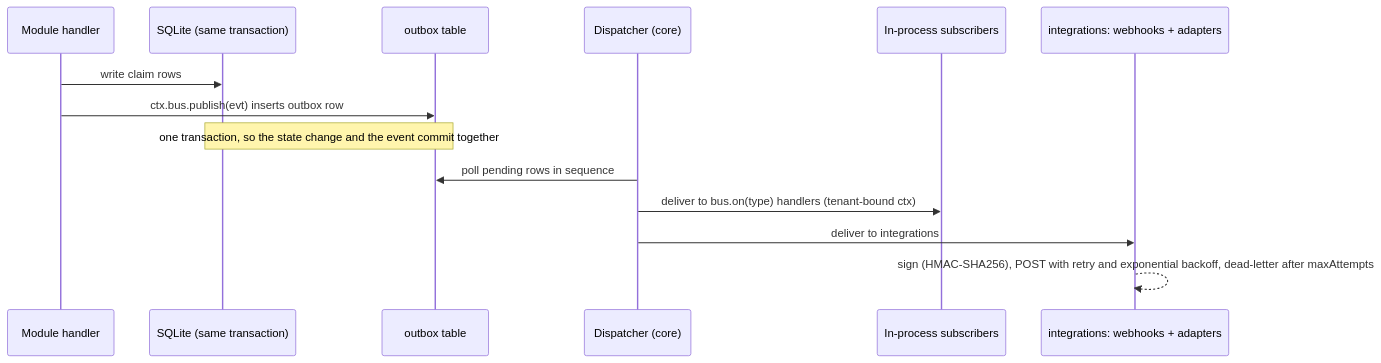
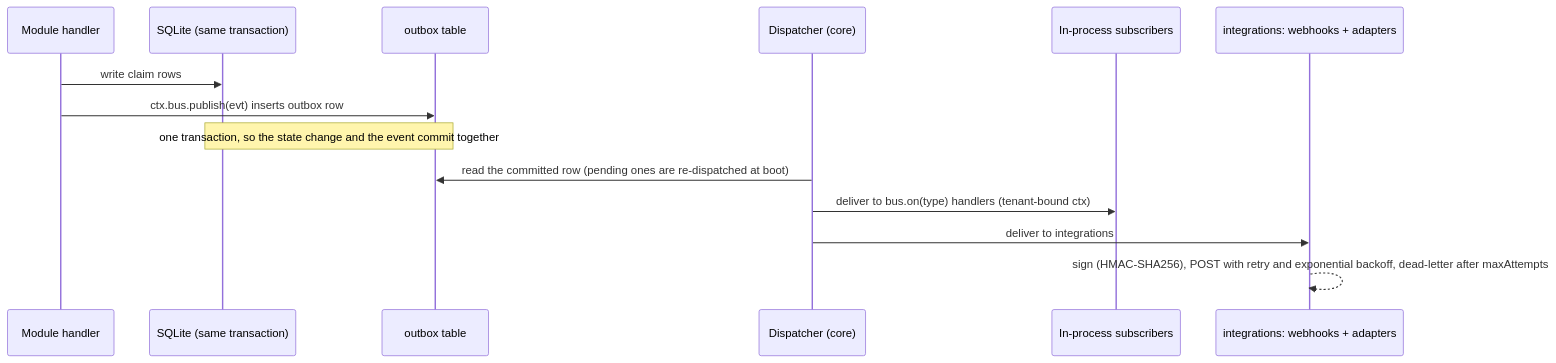
The second of 4 diagrams in architecture/overview.md (justinmarcellis/fnol-platform), drawn with Mermaid before and after one commit. The commit also changed other lines of this file and 176 other files, not shown here.

````diff
--- a/architecture/overview.md
+++ b/architecture/overview.md
@@ -155,16 +159,16 @@
 ```mermaid
 sequenceDiagram
   participant M as Module handler
   participant DB as SQLite (same transaction)
   participant O as outbox table
   participant D as Dispatcher (core)
   participant S as In-process subscribers
   participant W as integrations: webhooks + adapters
   M->>DB: write claim rows
   M->>O: ctx.bus.publish(evt) inserts outbox row
   Note over DB,O: one transaction, so the state change and the event commit together
-  D->>O: poll pending rows in sequence
+  D->>O: read the committed row (pending ones are re-dispatched at boot)
   D->>S: deliver to bus.on(type) handlers (tenant-bound ctx)
   D->>W: deliver to integrations
   W-->>W: sign (HMAC-SHA256), POST with retry and exponential backoff, dead-letter after maxAttempts
 ```
````
